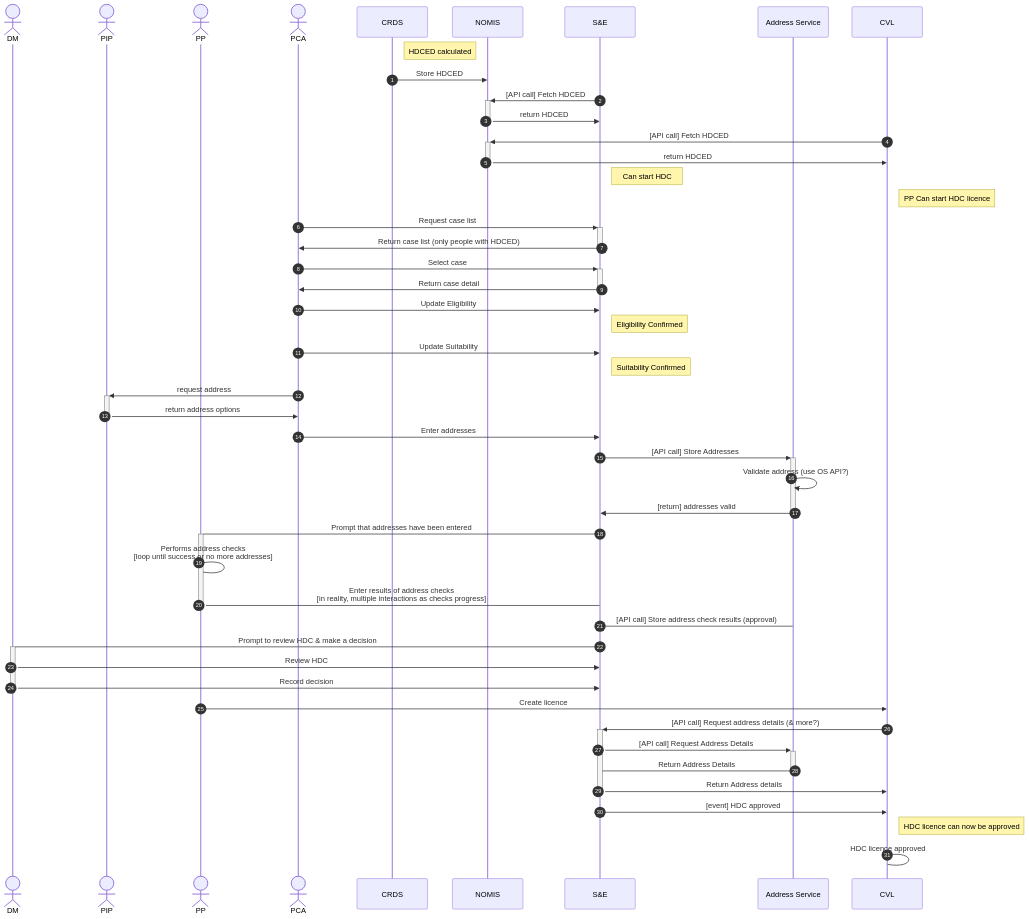
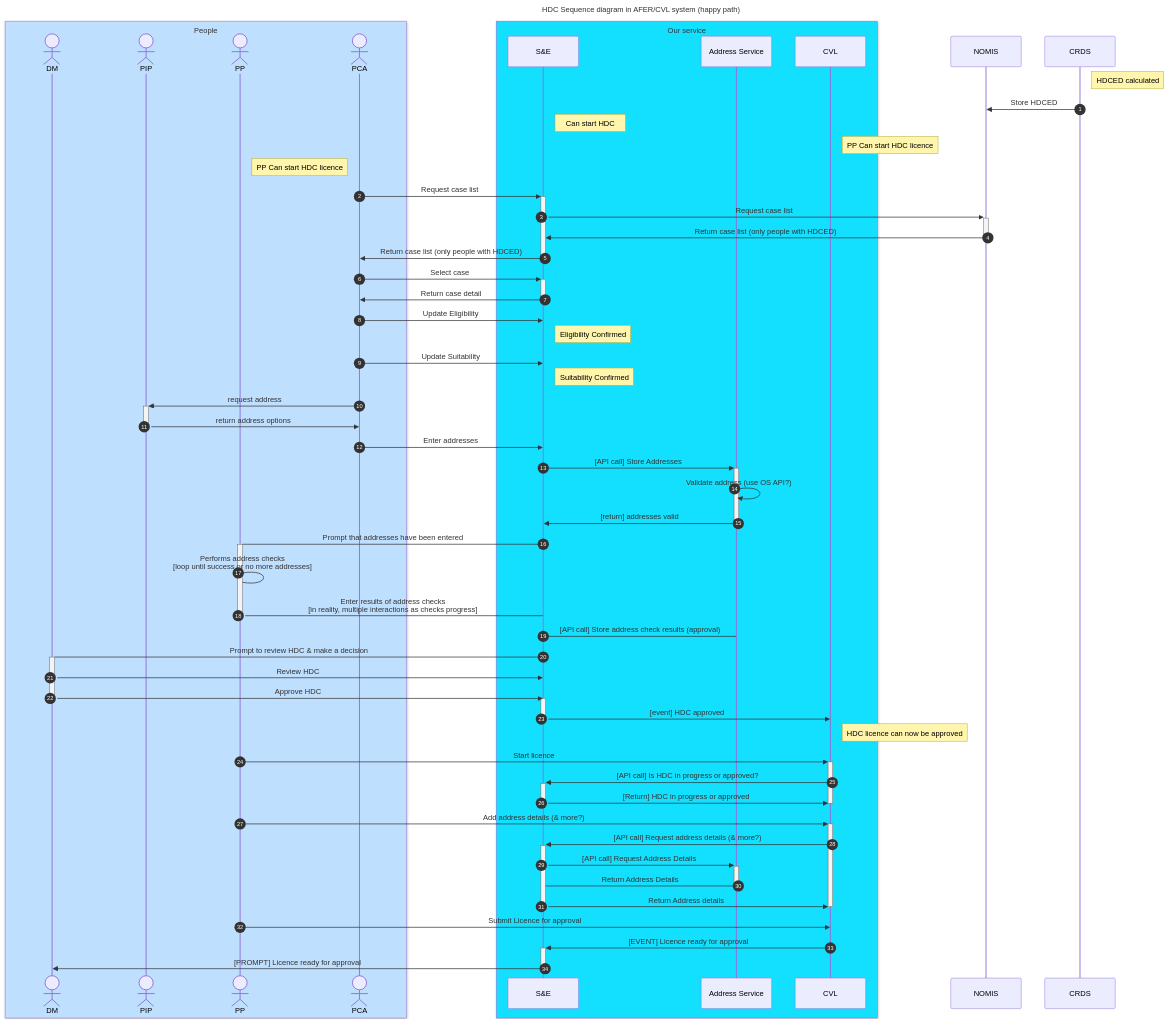
Before and after one commit to ministryofjustice/licences: the diagram in documentation/s_n_e_flow_extended.mermaid, drawn with Mermaid. The commit also changed other lines of this file and 1 other file, not shown here.

Commit message:
Correct PIP-HDC relationship in ER
Add more detail to overall sequence diagram

```diff
--- a/documentation/s_n_e_flow_extended.mermaid
+++ b/documentation/s_n_e_flow_extended.mermaid
@@ -1,62 +1,83 @@
+---
+title: HDC Sequence diagram in AFER/CVL system (happy path)
+---
+
 sequenceDiagram
   autonumber
   %%actor POM
+  box rgb(191, 223, 255) People
   actor DM
   actor PIP
   actor PP
   actor PCA
+  end
+ box rgb(19, 223, 255) Our service
 
-  participant CRDS
-  participant NOMIS
   participant S&E
   participant Address Service
   participant CVL
+  end
+
+  participant NOMIS
+  participant CRDS
+
   %% START HDCED CALCULATED BLOCK
   Note right of CRDS: HDCED calculated
   CRDS->>NOMIS: Store HDCED
-  S&E->>+NOMIS: [API call] Fetch HDCED
-  NOMIS->>-S&E: return HDCED
-  CVL->>+NOMIS: [API call] Fetch HDCED
-  NOMIS->>-CVL: return HDCED
   Note right of S&E: Can start HDC
   Note right of CVL: PP Can start HDC licence
+  Note right of PP: PP Can start HDC licence
   %% END HDCED CALCULATED BLOCK
 
   PCA->>+S&E: Request case list
+  S&E->>+NOMIS: Request case list
+  NOMIS->>-S&E: Return case list (only people with HDCED)
   S&E->>-PCA: Return case list (only people with HDCED)
 
   PCA->>+S&E: Select case
   S&E->>-PCA: Return case detail
 
   PCA->>S&E: Update Eligibility
   Note right of S&E: Eligibility Confirmed
   PCA->>S&E: Update Suitability
   Note right of S&E: Suitability Confirmed
 
+  %% NOTE: for simplicity, not modelling eligibility letter
   PCA->>+PIP: request address
   PIP->>-PCA: return address options
 
   PCA->>S&E: Enter addresses
   S&E->>+Address Service: [API call] Store Addresses
   Address Service->>Address Service: Validate address (use OS API?)
   Address Service->>-S&E: [return] addresses valid
 
   %% Address check section. TODO: put in a loop block, or enumerate individual steps
   S&E->+PP: Prompt that addresses have been entered
   PP->PP: Performs address checks<br/>[loop until success or no more addresses]
   PP->-S&E: Enter results of address checks<br/>[in reality, multiple interactions as checks progress]
   S&E->Address Service: [API call] Store address check results (approval)
 
   S&E->+DM: Prompt to review HDC & make a decision
   DM->>S&E: Review HDC
-  DM->>-S&E: Record decision
+  DM->>-S&E: Approve HDC
+  activate S&E
 
-  PP->>CVL: Create licence
+  S&E->>-CVL: [event] HDC approved
+  Note right of CVL: HDC licence can now be approved
+
+  %% licence creation block
+  %% NOTE: this can happen in paralell. Also, question about whether CVL should check HDC or nomis re whether an HDC licence can be produced.
+  PP->>+CVL: Start licence
+  CVL->>+S&E: [API call] Is HDC in progress or approved?
+  S&E->>-CVL: [Return] HDC in progress or approved
+  deactivate CVL
+  PP->>+CVL: Add address details (& more?)
   CVL->>+S&E: [API call] Request address details (& more?)
   S&E->>+Address Service: [API call] Request Address Details
   Address Service->-S&E: Return Address Details
   S&E->>-CVL: Return Address details
+  deactivate CVL
 
-  S&E->>CVL: [event] HDC approved
-  Note right of CVL: HDC licence can now be approved
-  CVL->CVL: HDC licence approved
+  PP->>CVL: Submit Licence for approval
+  CVL->>+S&E: [EVENT] Licence ready for approval
+  S&E->>-DM: [PROMPT] Licence ready for approval
```
